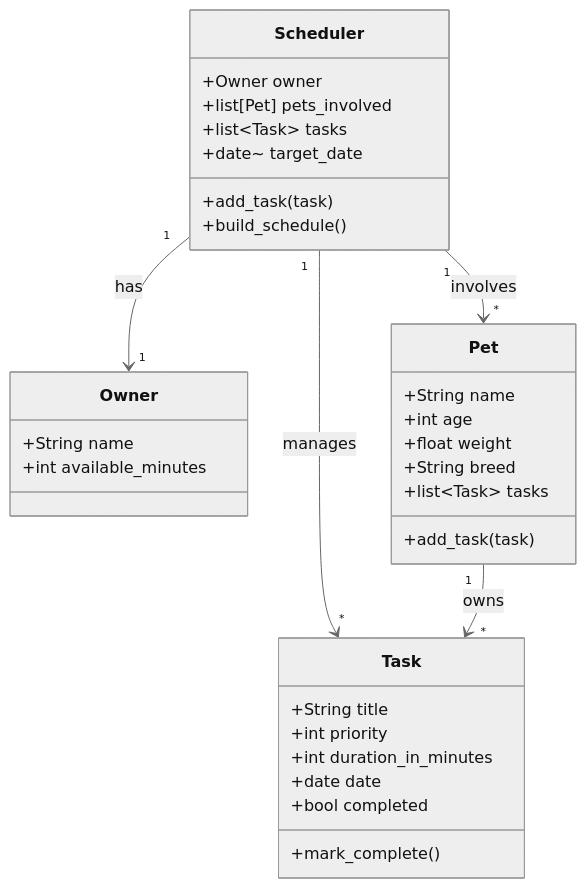
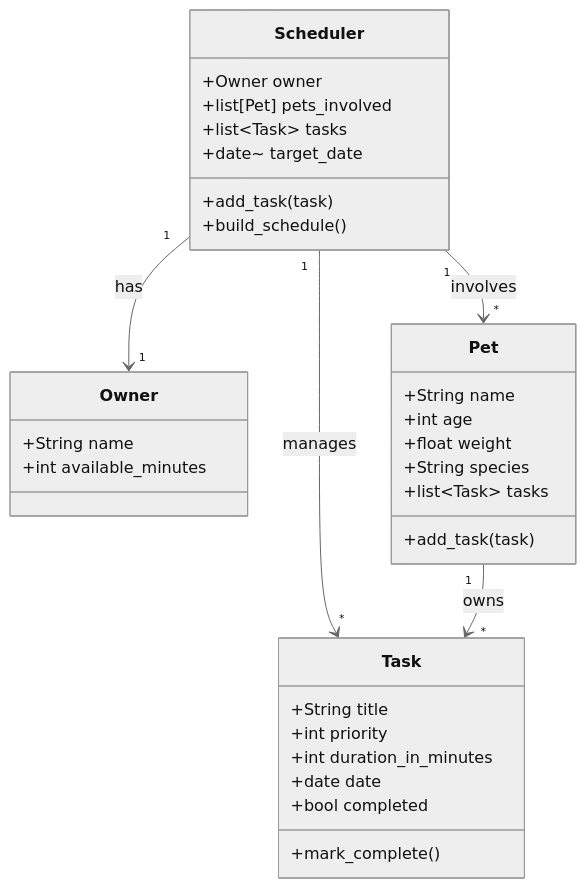
One commit to capyBearista/AI110-pawpal-starter changed the diagram in reflection.md. Above: the diagram before and after it, drawn with Mermaid (neutral theme). The commit also changed other lines of this file and 1 other file, not shown here.

Commit message:
change `breed` to `species`

````diff
--- a/reflection.md
+++ b/reflection.md
@@ -26,39 +26,39 @@
 ```mermaid
 classDiagram
     class Owner {
         +String name
         +int available_minutes
     }
 
     class Pet {
         +String name
         +int age
         +float weight
-        +String breed
+        +String species
         +list~Task~ tasks
         +add_task(task)
     }
 
     class Task {
         +String title
         +int priority
         +int duration_in_minutes
         +date date
         +bool completed
         +mark_complete()
     }
 
     class Scheduler {
         +Owner owner
         +list[Pet] pets_involved
         +list~Task~ tasks
         +date~ target_date
         +add_task(task)
         +build_schedule()
     }
 
     Scheduler "1" --> "1" Owner : has
     Scheduler "1" --> "*" Pet : involves
     Scheduler "1" --> "*" Task : manages
     Pet "1" --> "*" Task : owns
 ```
````
